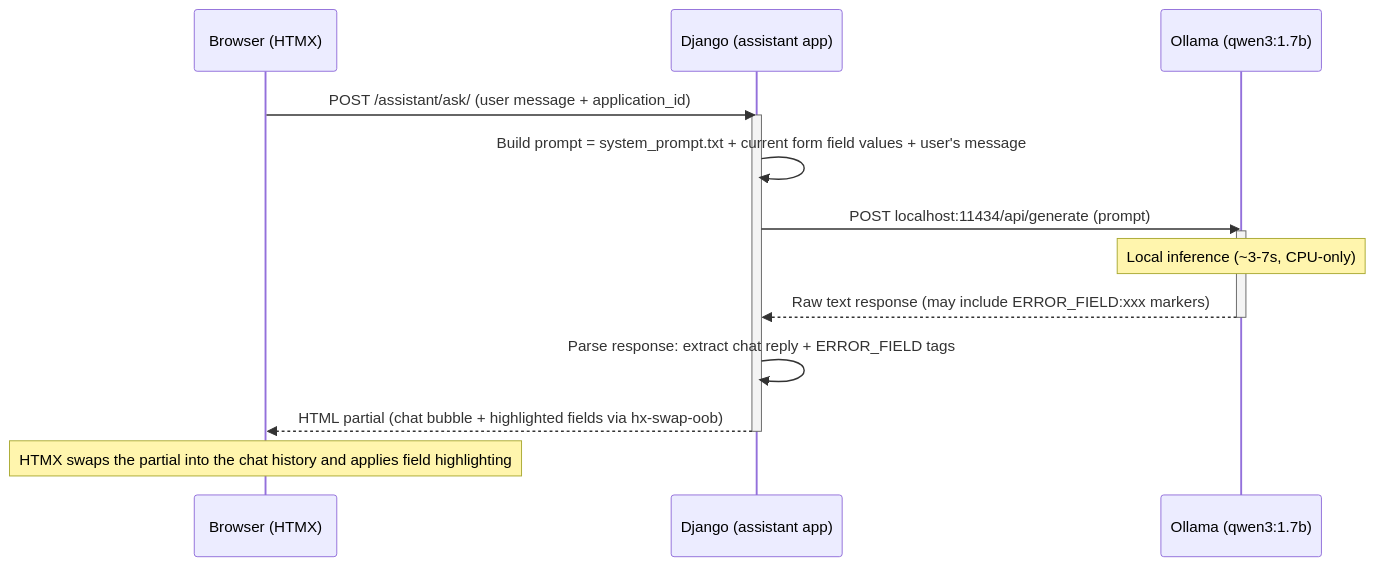
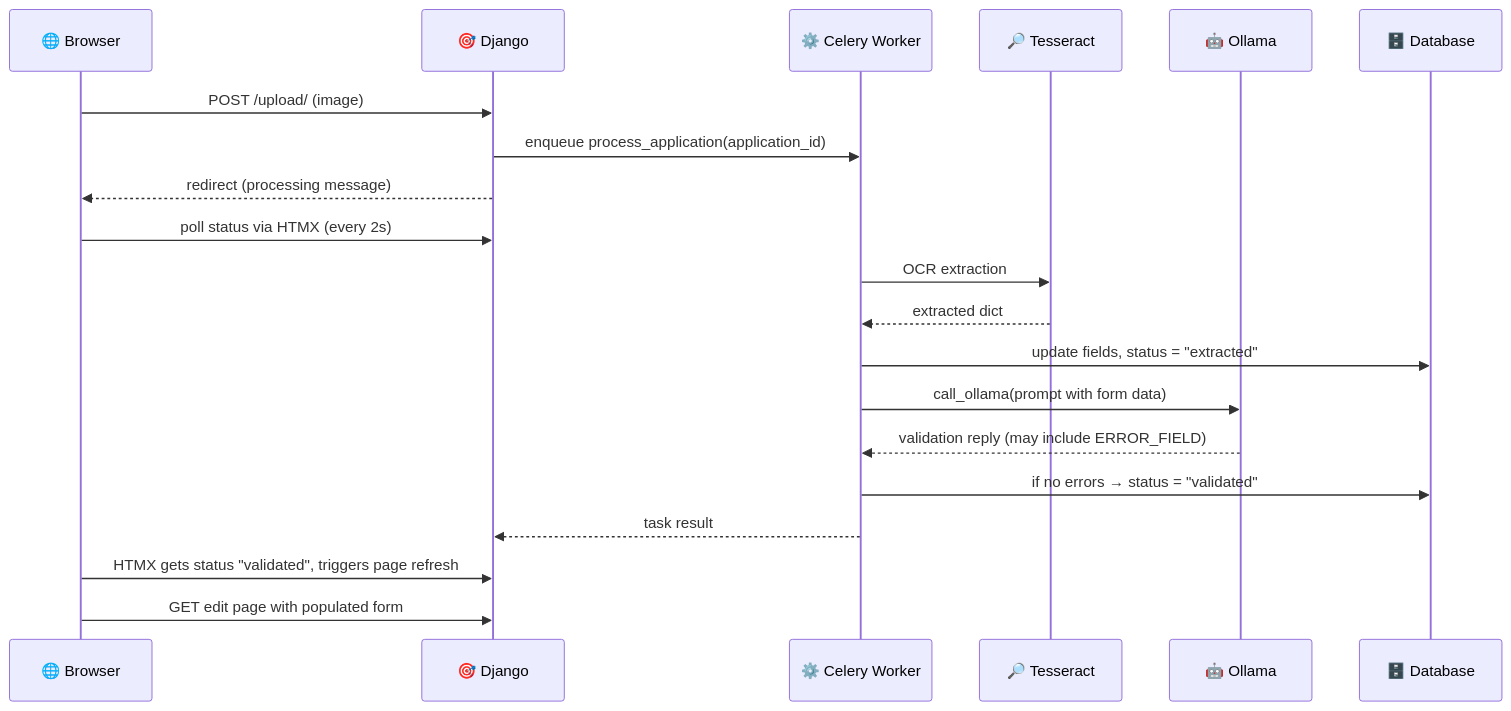
The second of 2 diagrams in workflow.md (Spectre206/smartform), drawn with Mermaid before and after one commit. The commit also changed other lines of this file and 2 other files, not shown here.

Commit message:
Updated the landing page Readme.md and workflow.md based on the v2.

````diff
--- a/workflow.md
+++ b/workflow.md
@@ -96,19 +99,24 @@
 ```mermaid
 sequenceDiagram
-    participant B as Browser (HTMX)
-    participant D as Django (assistant app)
-    participant O as Ollama (qwen3:1.7b)
+    participant B as 🌐 Browser
+    participant D as 🎯 Django
+    participant C as ⚙️ Celery Worker
+    participant T as 🔎 Tesseract
+    participant O as 🤖 Ollama
+    participant DB as 🗄️ Database
 
-    B->>D: POST /assistant/ask/ (user message + application_id)
-    activate D
-    D->>D: Build prompt = system_prompt.txt + current form field values + user's message
-    D->>O: POST localhost:11434/api/generate (prompt)
-    activate O
-    Note over O: Local inference (~3-7s, CPU-only)
-    O-->>D: Raw text response (may include ERROR_FIELD:xxx markers)
-    deactivate O
-    D->>D: Parse response: extract chat reply + ERROR_FIELD tags
-    D-->>B: HTML partial (chat bubble + highlighted fields via hx-swap-oob)
-    deactivate D
-    Note over B: HTMX swaps the partial into the chat history and applies field highlighting
+    B->>D: POST /upload/ (image)
+    D->>C: enqueue process_application(application_id)
+    D-->>B: redirect (processing message)
+    B->>D: poll status via HTMX (every 2s)
+
+    C->>T: OCR extraction
+    T-->>C: extracted dict
+    C->>DB: update fields, status = "extracted"
+    C->>O: call_ollama(prompt with form data)
+    O-->>C: validation reply (may include ERROR_FIELD)
+    C->>DB: if no errors → status = "validated"
+    C-->>D: task result
+    B->>D: HTMX gets status "validated", triggers page refresh
+    B->>D: GET edit page with populated form
 ```
````
